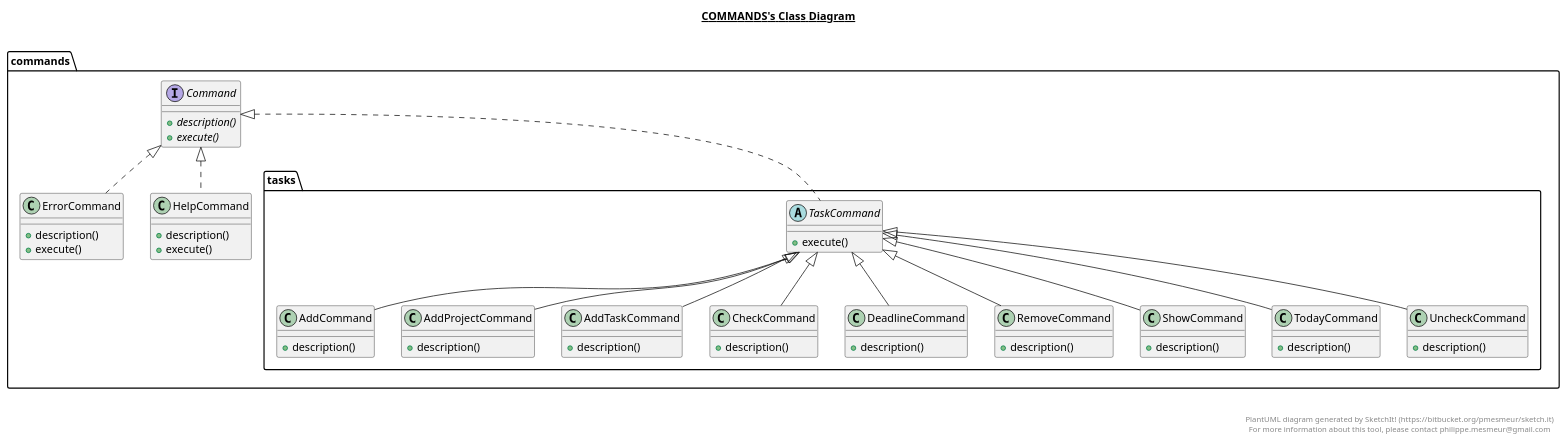
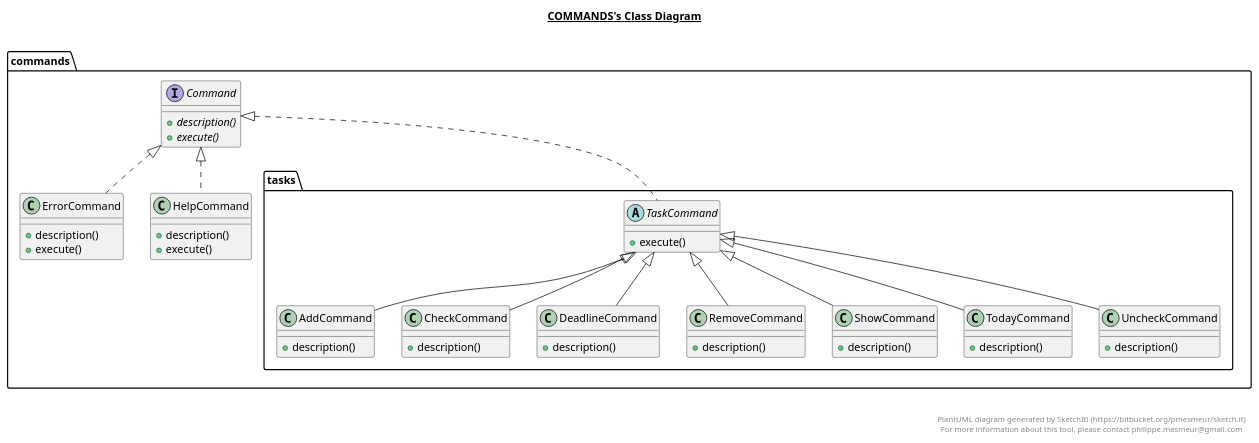
Before and after one commit to VitalyVV/FinalProjDesignPatterms: the diagram in src/commands/commands.plantuml, drawn with PlantUML. The commit also changed 4 other files, not shown here.

Commit message:
fix uml and help

```diff
--- a/src/commands/commands.plantuml
+++ b/src/commands/commands.plantuml
@@ -1,95 +1,85 @@
 @startuml
 
 title __COMMANDS's Class Diagram__\n
 
 
 namespace commands{
       interface commands.Command {
           {abstract} + description()
           {abstract} + execute()
       }
 
   
 
 
       class commands.ErrorCommand {
           + description()
           + execute()
       }
 
       class commands.HelpCommand {
           + description()
           + execute()
       }
 
  namespace tasks{
         class commands.tasks.AddCommand {
-            + description()
-        }
-
-        class commands.tasks.AddProjectCommand {
-            + description()
-        }
-
-
-        class commands.tasks.AddTaskCommand {
             + description()
         }
 
 
 
         class commands.tasks.CheckCommand {
             + description()
         }
 
 
         class commands.tasks.DeadlineCommand {
             + description()
         }
 
         class commands.tasks.RemoveCommand {
             + description()
         }
 
         class commands.tasks.ShowCommand {
             + description()
         }
 
         abstract class commands.tasks.TaskCommand {
             + execute()
         }
 
         class commands.tasks.TodayCommand {
             + description()
         }
 
         class commands.tasks.UncheckCommand {
             + description()
         }
       }
  }
 
   commands.tasks.AddCommand -up-|> commands.tasks.TaskCommand
-  commands.tasks.AddProjectCommand -up-|> commands.tasks.TaskCommand
-  commands.tasks.AddTaskCommand -up-|> commands.tasks.TaskCommand
+
   commands.tasks.CheckCommand -up-|> commands.tasks.TaskCommand
   commands.tasks.DeadlineCommand -up-|> commands.tasks.TaskCommand
   commands.tasks.RemoveCommand -up-|> commands.tasks.TaskCommand
   commands.tasks.ShowCommand -up-|> commands.tasks.TaskCommand
   commands.tasks.TaskCommand .up.|> commands.Command
   commands.tasks.TodayCommand -up-|> commands.tasks.TaskCommand
   commands.tasks.UncheckCommand -up-|> commands.tasks.TaskCommand
 
 
   commands.ErrorCommand .up.|> commands.Command
   commands.HelpCommand .up.|> commands.Command
 
 
 right footer
 
 
 PlantUML diagram generated by SketchIt! (https://bitbucket.org/pmesmeur/sketch.it)
 For more information about this tool, please contact philippe.mesmeur@gmail.com
 endfooter
 
 @enduml
```
